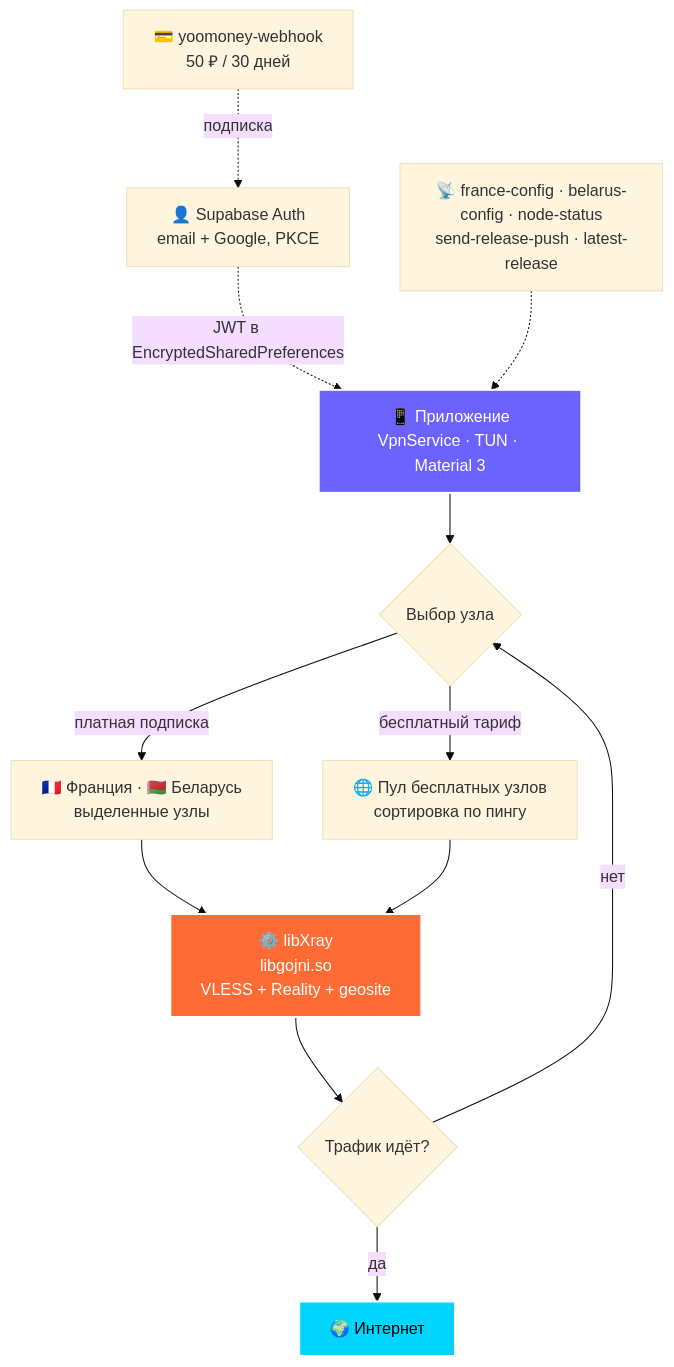
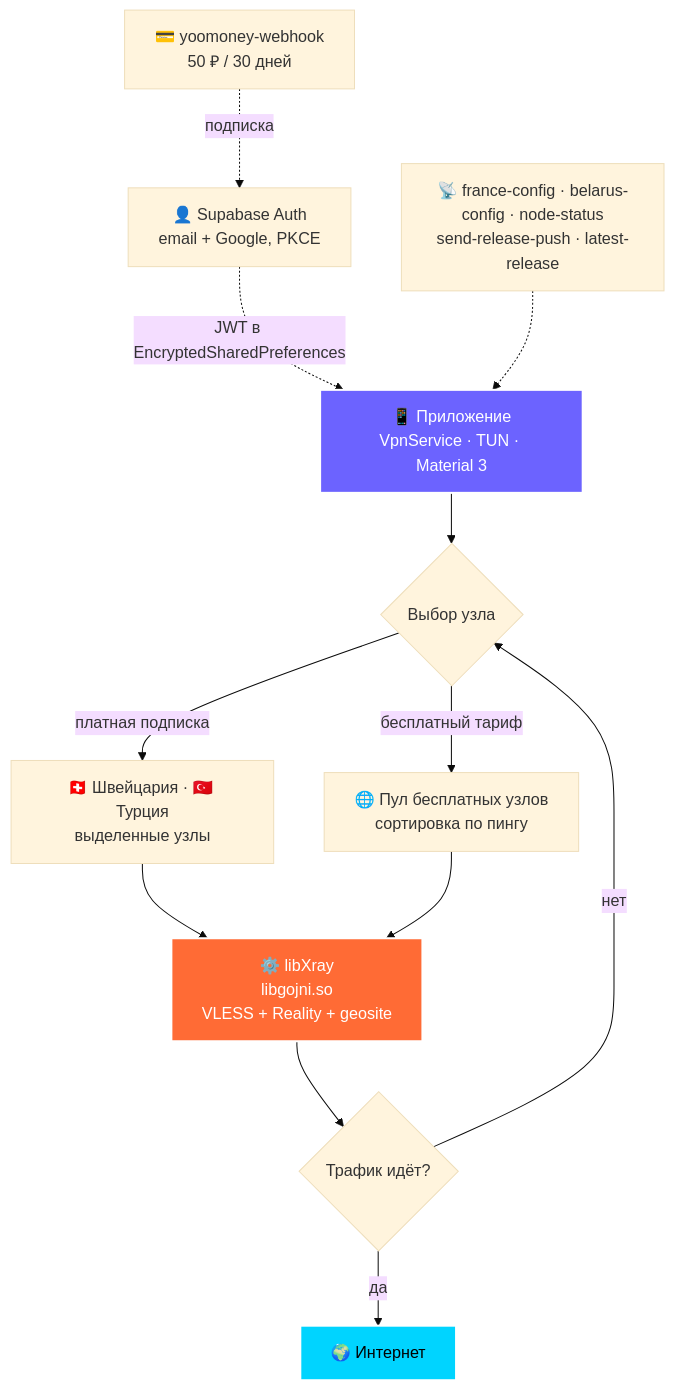
The diagram in README.md (Core-Dev-Support/naua-security-mirage-android), drawn with Mermaid (base theme) before and after one commit. The commit also changed other lines of this file and 7 other files, not shown here.

````diff
--- a/README.md
+++ b/README.md
@@ -87,19 +87,19 @@
 ```mermaid
 flowchart TD
     A["📱 Приложение<br/>VpnService · TUN · Material 3"] --> S{"Выбор узла"}
-    S -->|"платная подписка"| P["🇫🇷 Франция · 🇧🇾 Беларусь<br/>выделенные узлы"]
+    S -->|"платная подписка"| P["🇨🇭 Швейцария · 🇹🇷 Турция<br/>выделенные узлы"]
     S -->|"бесплатный тариф"| F["🌐 Пул бесплатных узлов<br/>сортировка по пингу"]
     P --> C["⚙️ libXray<br/>libgojni.so<br/>VLESS + Reality + geosite"]
     F --> C
     C --> W{"Трафик идёт?"}
     W -->|нет| S
     W -->|да| N["🌍 Интернет"]
 
     G["👤 Supabase Auth<br/>email + Google, PKCE"] -.->|JWT в EncryptedSharedPreferences| A
     Y["💳 yoomoney-webhook<br/>50 ₽ / 30 дней"] -.->|подписка| G
     B["📡 france-config · belarus-config · node-status<br/>send-release-push · latest-release"] -.-> A
 
     style A fill:#6C63FF,stroke:#fff,stroke-width:2px,color:#fff
     style C fill:#FF6B35,stroke:#fff,stroke-width:2px,color:#fff
     style N fill:#00D4FF,stroke:#fff,stroke-width:2px,color:#000
 ```
````
